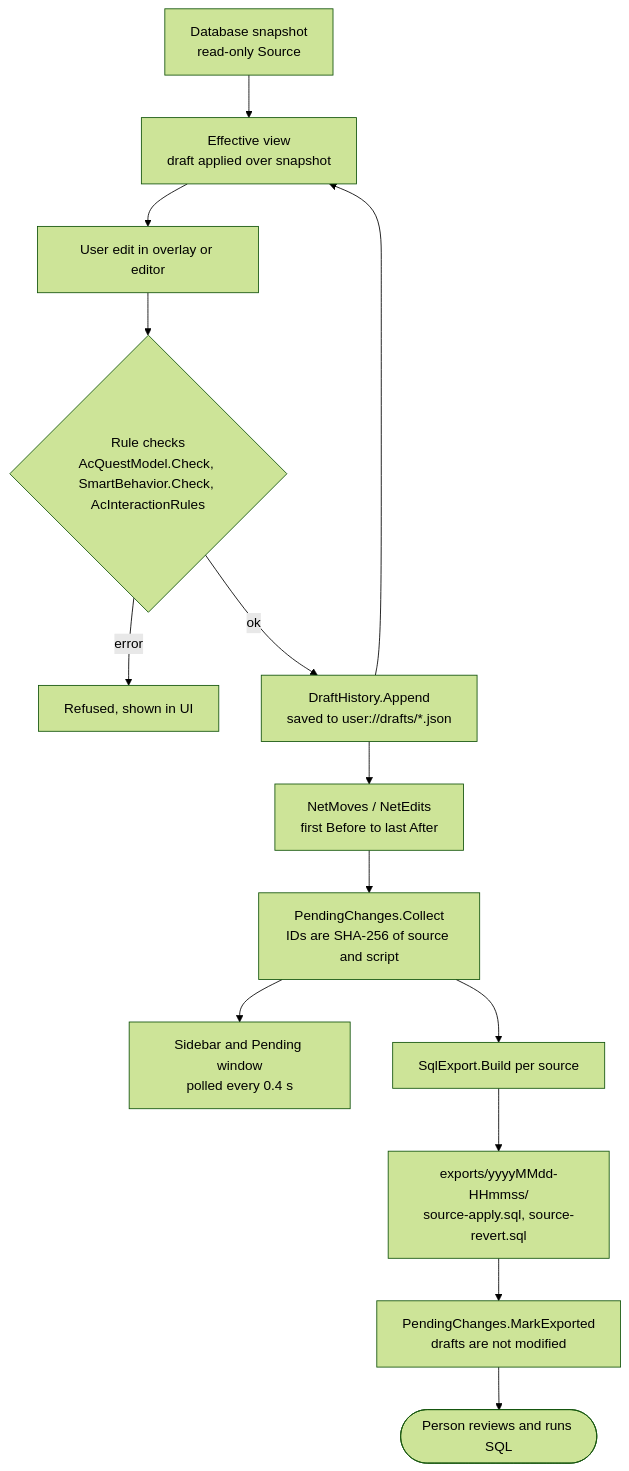
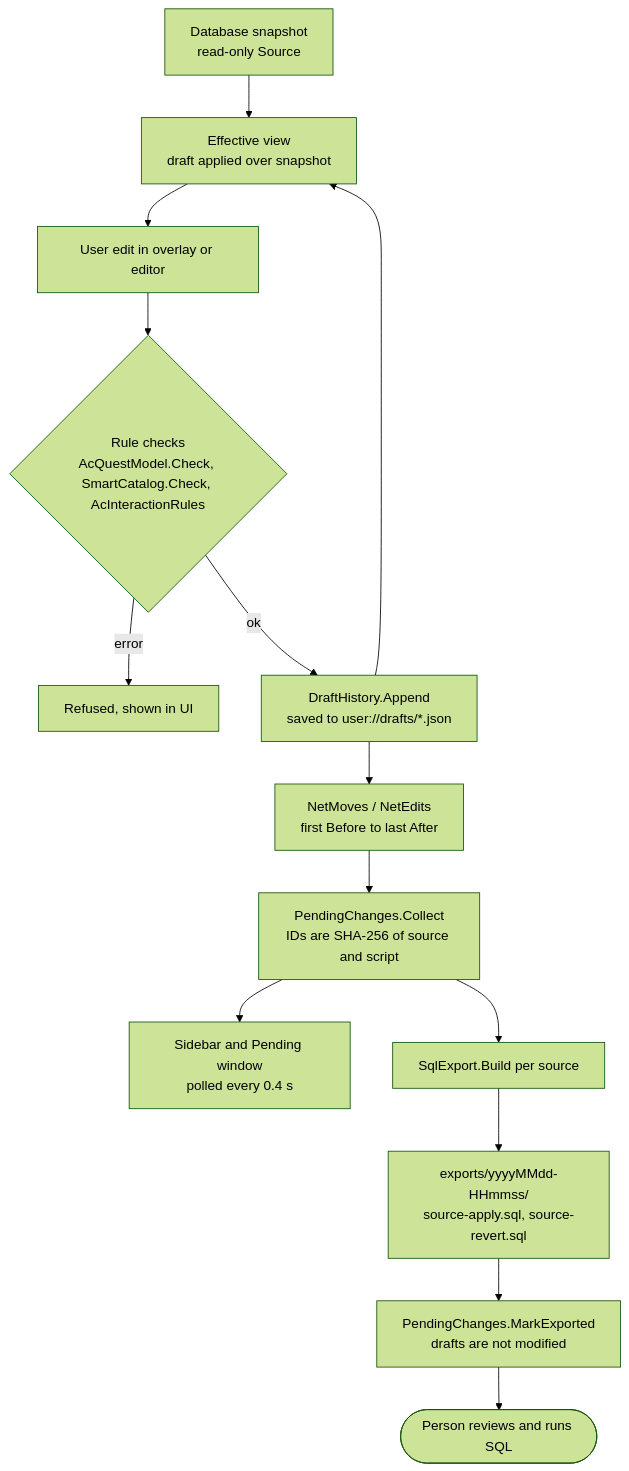
The second of 2 diagrams in docs/architecture/editing-and-export.md (glitterfartz/ac-world-edit), drawn with Mermaid (forest theme) before and after one commit. The commit also changed other lines of this file and 5 other files, not shown here.

````diff
--- a/docs/architecture/editing-and-export.md
+++ b/docs/architecture/editing-and-export.md
@@ -108,16 +110,16 @@
 ```mermaid
 flowchart TB
     snap["Database snapshot<br/>read-only Source"] --> eff["Effective view<br/>draft applied over snapshot"]
     eff --> edit["User edit in overlay or editor"]
-    edit --> rule{"Rule checks<br/>AcQuestModel.Check, SmartBehavior.Check, AcInteractionRules"}
+    edit --> rule{"Rule checks<br/>AcQuestModel.Check, SmartCatalog.Check, AcInteractionRules"}
     rule -->|error| refuse["Refused, shown in UI"]
     rule -->|ok| hist["DraftHistory.Append<br/>saved to user://drafts/*.json"]
     hist --> eff
     hist --> net["NetMoves / NetEdits<br/>first Before to last After"]
     net --> pend["PendingChanges.Collect<br/>IDs are SHA-256 of source and script"]
     pend --> poll["Sidebar and Pending window<br/>polled every 0.4 s"]
     pend --> build["SqlExport.Build per source"]
     build --> files["exports/yyyyMMdd-HHmmss/<br/>source-apply.sql, source-revert.sql"]
     files --> mark["PendingChanges.MarkExported<br/>drafts are not modified"]
     mark --> person(["Person reviews and runs SQL"])
 ```
````
